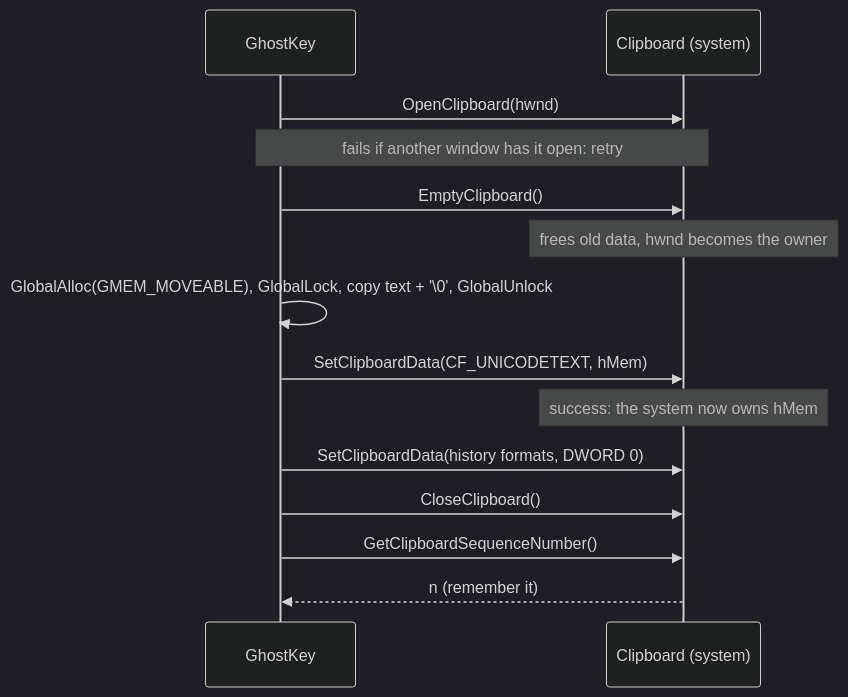
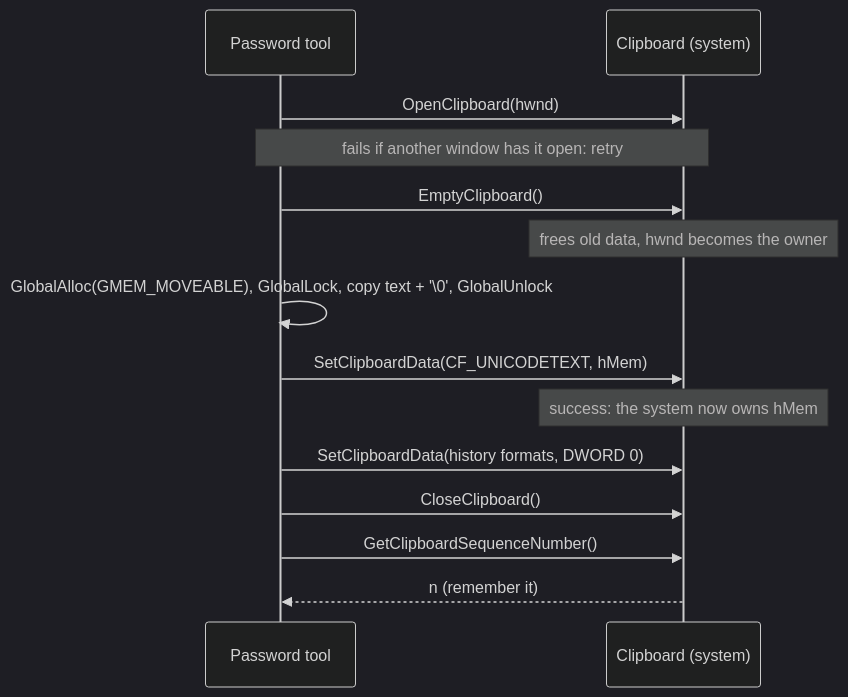
One commit to thomaswening/doubting-thomas changed the first of 2 diagrams in topics/windows/clipboard.md. Above: the diagram before and after it, drawn with Mermaid (dark theme). The commit also changed other lines of this file, not shown here.

Commit message:
docs(windows): drop GhostKey references from the clipboard note

````diff
--- a/topics/windows/clipboard.md
+++ b/topics/windows/clipboard.md
@@ -66,16 +66,16 @@
 ```mermaid
 sequenceDiagram
-    participant App as GhostKey
+    participant App as Password tool
     participant Clip as Clipboard (system)
     App->>Clip: OpenClipboard(hwnd)
     Note over App,Clip: fails if another window has it open: retry
     App->>Clip: EmptyClipboard()
     Note over Clip: frees old data, hwnd becomes the owner
     App->>App: GlobalAlloc(GMEM_MOVEABLE), GlobalLock, copy text + '\0', GlobalUnlock
     App->>Clip: SetClipboardData(CF_UNICODETEXT, hMem)
     Note over Clip: success: the system now owns hMem
     App->>Clip: SetClipboardData(history formats, DWORD 0)
     App->>Clip: CloseClipboard()
     App->>Clip: GetClipboardSequenceNumber()
     Clip-->>App: n (remember it)
 ```
````
